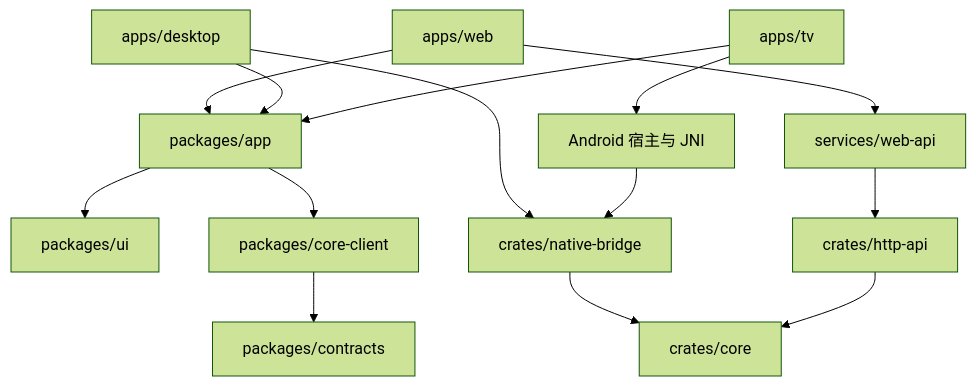
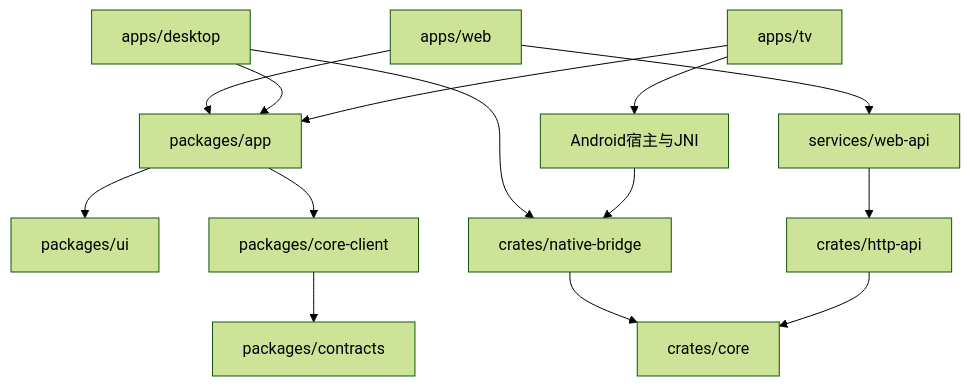
The diagram in ARCHITECTURE.md (bijinfeng/hongguo-tv), drawn with Mermaid (forest theme) before and after one commit. The commit also changed other lines of this file and 55 other files, not shown here.

````diff
--- a/ARCHITECTURE.md
+++ b/ARCHITECTURE.md
@@ -113,16 +39,16 @@
 ```mermaid
 flowchart TD
   Web[apps/web] --> App[packages/app]
   Desktop[apps/desktop] --> App
   TV[apps/tv] --> App
   App --> UI[packages/ui]
   App --> Client[packages/core-client]
   Client --> Contracts[packages/contracts]
   Desktop --> Bridge[crates/native-bridge]
-  TV --> Android[Android 宿主与 JNI]
+  TV --> Android[Android宿主与JNI]
   Android --> Bridge
   Bridge --> Core[crates/core]
   Web --> API[services/web-api]
   API --> HTTP[crates/http-api]
   HTTP --> Core
 ```
````
